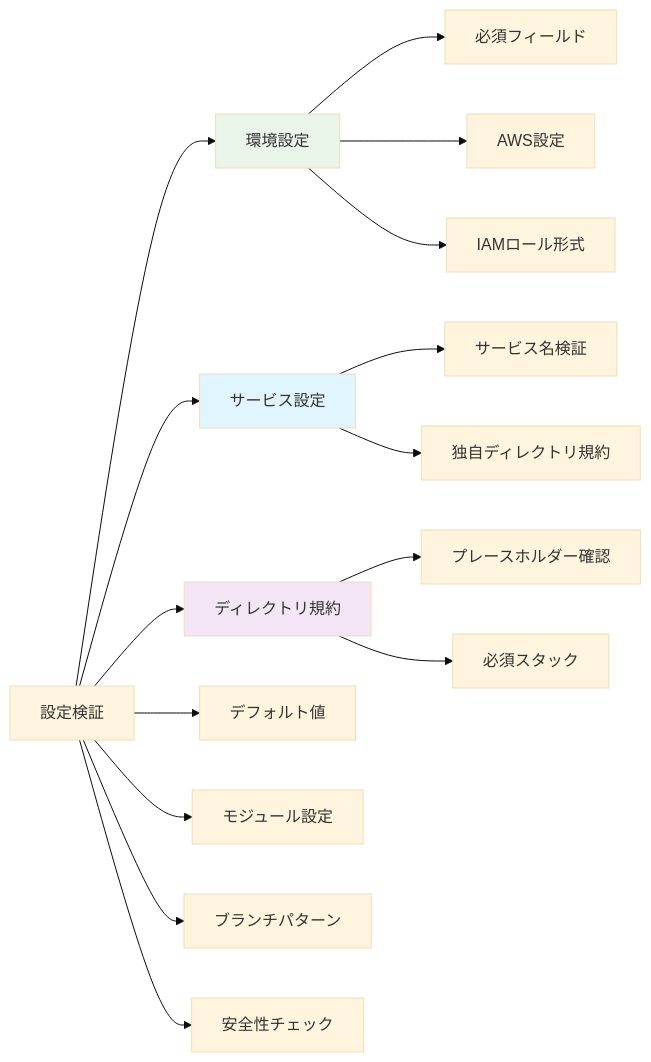
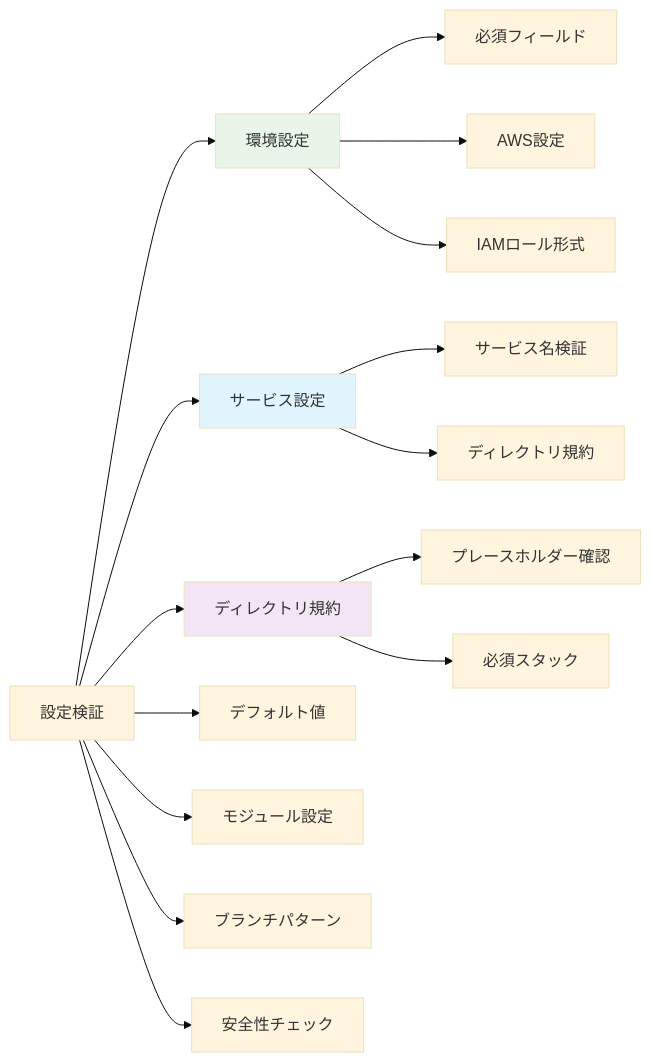
Before and after one commit to panicboat/monorepo: the second of 4 diagrams in .github/scripts/config-manager/README.md, drawn with Mermaid (base theme). The commit also changed other lines of this file and 5 other files, not shown here.

````diff
--- a/.github/scripts/config-manager/README.md
+++ b/.github/scripts/config-manager/README.md
@@ -39,24 +39,24 @@
 ```mermaid
 graph LR
     A[設定検証] --> B[環境設定]
     A --> C[サービス設定]
     A --> D[ディレクトリ規約]
     A --> E[デフォルト値]
     A --> F[モジュール設定]
     A --> G[ブランチパターン]
     A --> H[安全性チェック]
 
     B --> B1[必須フィールド]
     B --> B2[AWS設定]
     B --> B3[IAMロール形式]
 
     C --> C1[サービス名検証]
-    C --> C2[独自ディレクトリ規約]
+    C --> C2[ディレクトリ規約]
 
     D --> D1[プレースホルダー確認]
     D --> D2[必須スタック]
 
     style B fill:#e8f5e8
     style C fill:#e1f5fe
     style D fill:#f3e5f5
 ```
````
